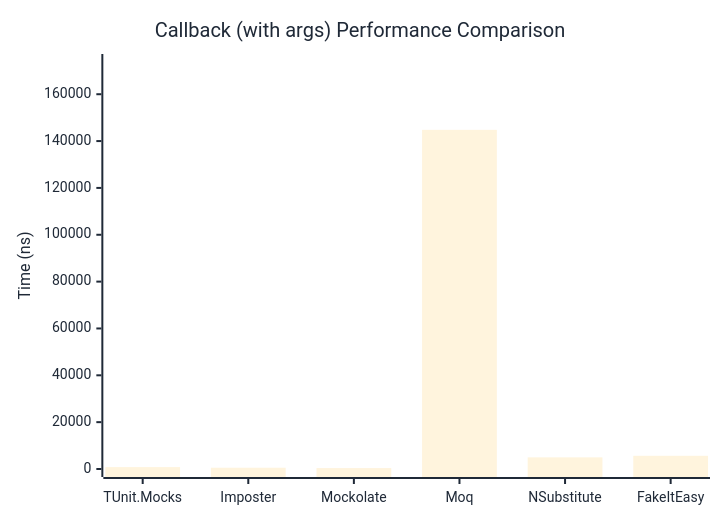
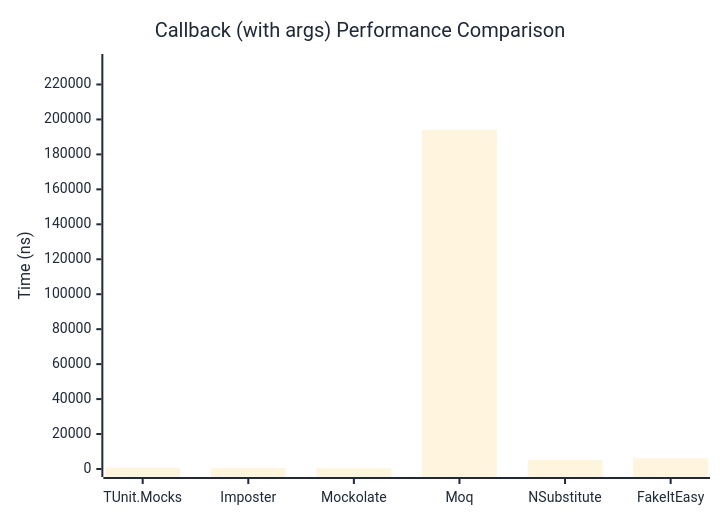
Before and after one commit to thomhurst/TUnit: the second of 2 diagrams in docs/docs/benchmarks/mocks/Callback.md, drawn with Mermaid. The commit also changed other lines of this file and 14 other files, not shown here.

````diff
--- a/docs/docs/benchmarks/mocks/Callback.md
+++ b/docs/docs/benchmarks/mocks/Callback.md
@@ -71,27 +71,27 @@
 ```mermaid
 %%{init: {
   'theme':'base',
   'themeVariables': {
     'primaryColor': '#2563eb',
     'primaryTextColor': '#1f2937',
     'primaryBorderColor': '#1e40af',
     'lineColor': '#6b7280',
     'secondaryColor': '#7c3aed',
     'tertiaryColor': '#dc2626',
     'background': '#ffffff',
     'pie1': '#2563eb',
     'pie2': '#7c3aed',
     'pie3': '#dc2626',
     'pie4': '#f59e0b',
     'pie5': '#10b981',
     'pie6': '#06b6d4',
     'pie7': '#ec4899',
     'pie8': '#6366f1'
   }
 }}%%
 xychart-beta
   title "Callback (with args) Performance Comparison"
   x-axis ["TUnit.Mocks", "Imposter", "Mockolate", "Moq", "NSubstitute", "FakeItEasy"]
-  y-axis "Time (ns)" 0 --> 173758
-  bar [807.5, 545.7, 391.4, 144797.6, 4971.5, 5644.7]
+  y-axis "Time (ns)" 0 --> 232865
+  bar [771.3, 523.4, 382, 194053.9, 5224.6, 6148.9]
 ```
````
